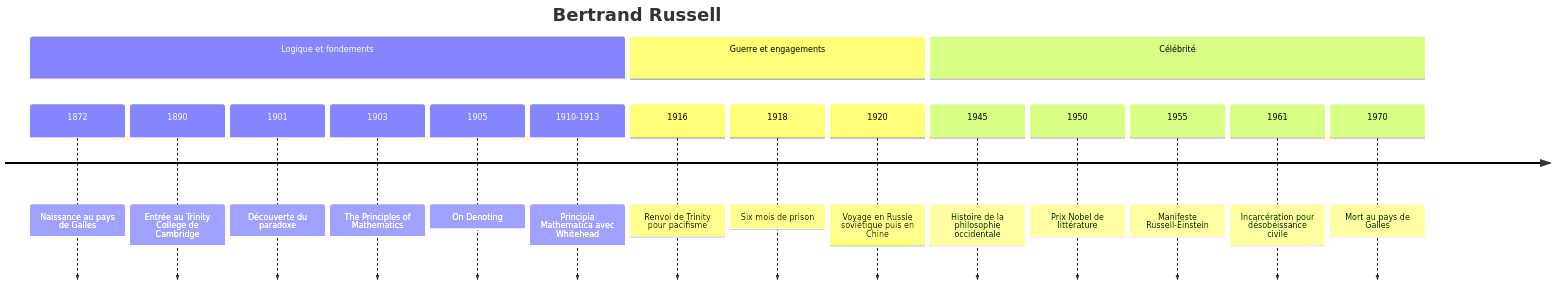
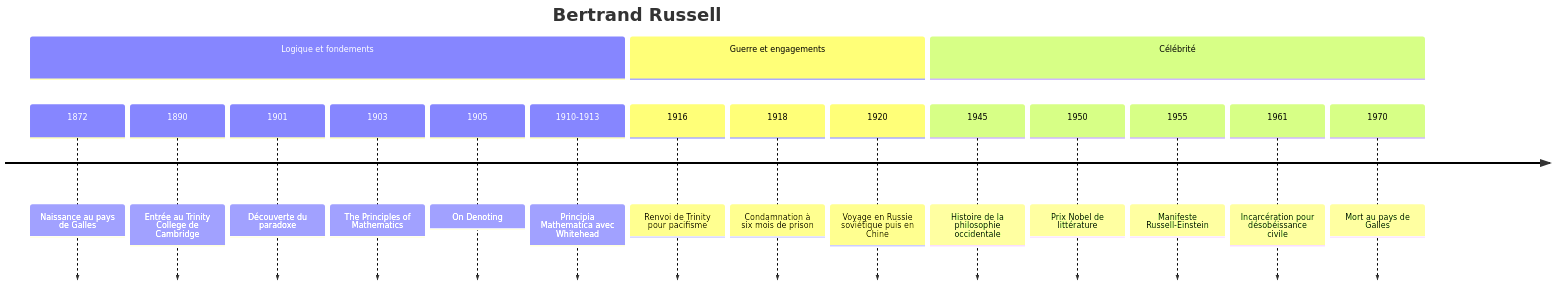
Before and after one commit to rwmicro/pensine: the diagram in Social Sciences/Philosophy/Philosophes/Russell.md, drawn with Mermaid. The commit also changed other lines of this file and 17 other files, not shown here.

````diff
--- a/Social Sciences/Philosophy/Philosophes/Russell.md
+++ b/Social Sciences/Philosophy/Philosophes/Russell.md
@@ -101,21 +101,21 @@
 ```mermaid
 timeline
     title Bertrand Russell
     section Logique et fondements
         1872 : Naissance au pays de Galles
         1890 : Entrée au Trinity College de Cambridge
         1901 : Découverte du paradoxe
         1903 : The Principles of Mathematics
         1905 : On Denoting
         1910-1913 : Principia Mathematica avec Whitehead
     section Guerre et engagements
         1916 : Renvoi de Trinity pour pacifisme
-        1918 : Six mois de prison
+        1918 : Condamnation à six mois de prison
         1920 : Voyage en Russie soviétique puis en Chine
     section Célébrité
         1945 : Histoire de la philosophie occidentale
         1950 : Prix Nobel de littérature
         1955 : Manifeste Russell-Einstein
         1961 : Incarcération pour désobéissance civile
         1970 : Mort au pays de Galles
 ```
````
